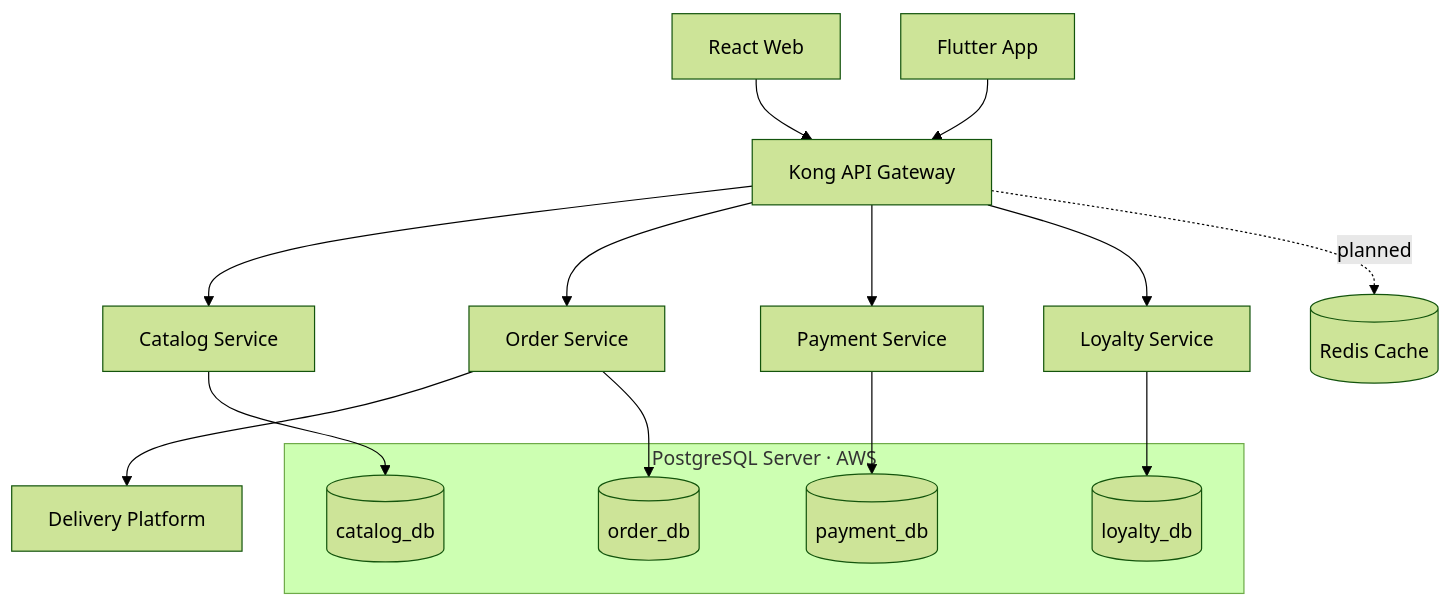
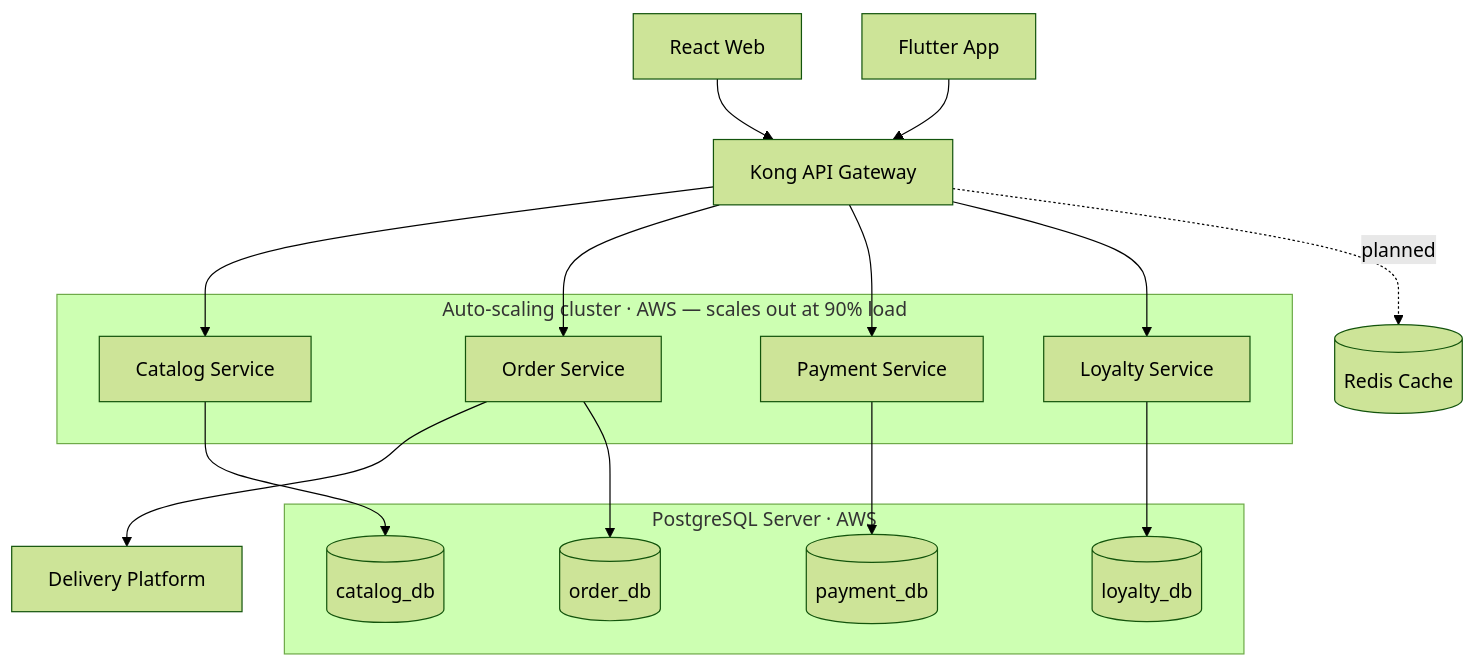
Before and after one commit to extinctCoder/extinctCoder.github.io: the first of 3 diagrams in _projects/shob.md, drawn with Mermaid (forest theme). The commit also changed other lines of this file and 2 other files, not shown here.

````diff
--- a/_projects/shob.md
+++ b/_projects/shob.md
@@ -46,21 +49,28 @@
 ```mermaid
 flowchart TB
     Web[React Web] --> Kong
     Mobile[Flutter App] --> Kong
-    Kong[Kong API Gateway] --> Catalog[Catalog Service]
-    Kong --> Order[Order Service]
-    Kong --> Payment[Payment Service]
-    Kong --> Loyalty[Loyalty Service]
+    Kong[Kong API Gateway]
+    subgraph Cluster[Auto-scaling cluster · AWS — scales out at 90% load]
+        Catalog[Catalog Service]
+        Order[Order Service]
+        Payment[Payment Service]
+        Loyalty[Loyalty Service]
+    end
+    Kong --> Catalog
+    Kong --> Order
+    Kong --> Payment
+    Kong --> Loyalty
     Order --> Delivery[Delivery Platform]
     subgraph PG[PostgreSQL Server · AWS]
         CatalogDB[(catalog_db)]
         OrderDB[(order_db)]
         PaymentDB[(payment_db)]
         LoyaltyDB[(loyalty_db)]
     end
     Catalog --> CatalogDB
     Order --> OrderDB
     Payment --> PaymentDB
     Loyalty --> LoyaltyDB
     Kong -. planned .-> Redis[(Redis Cache)]
 ```
````
